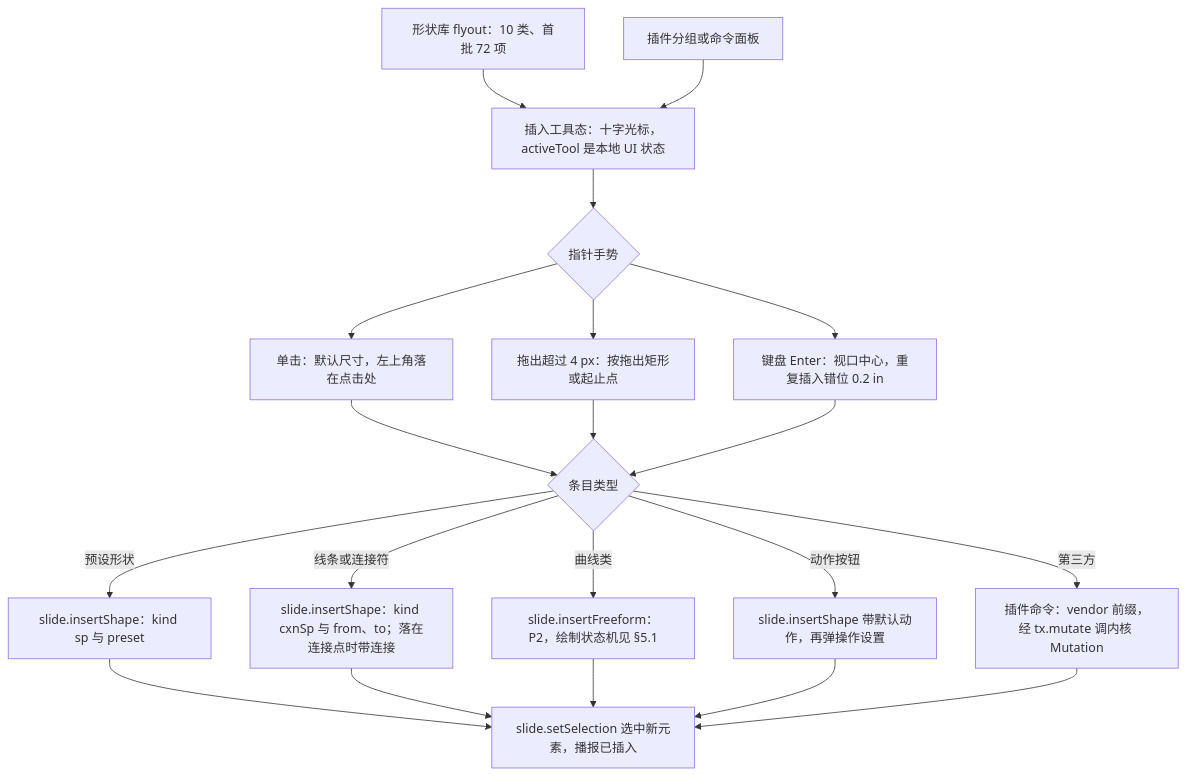
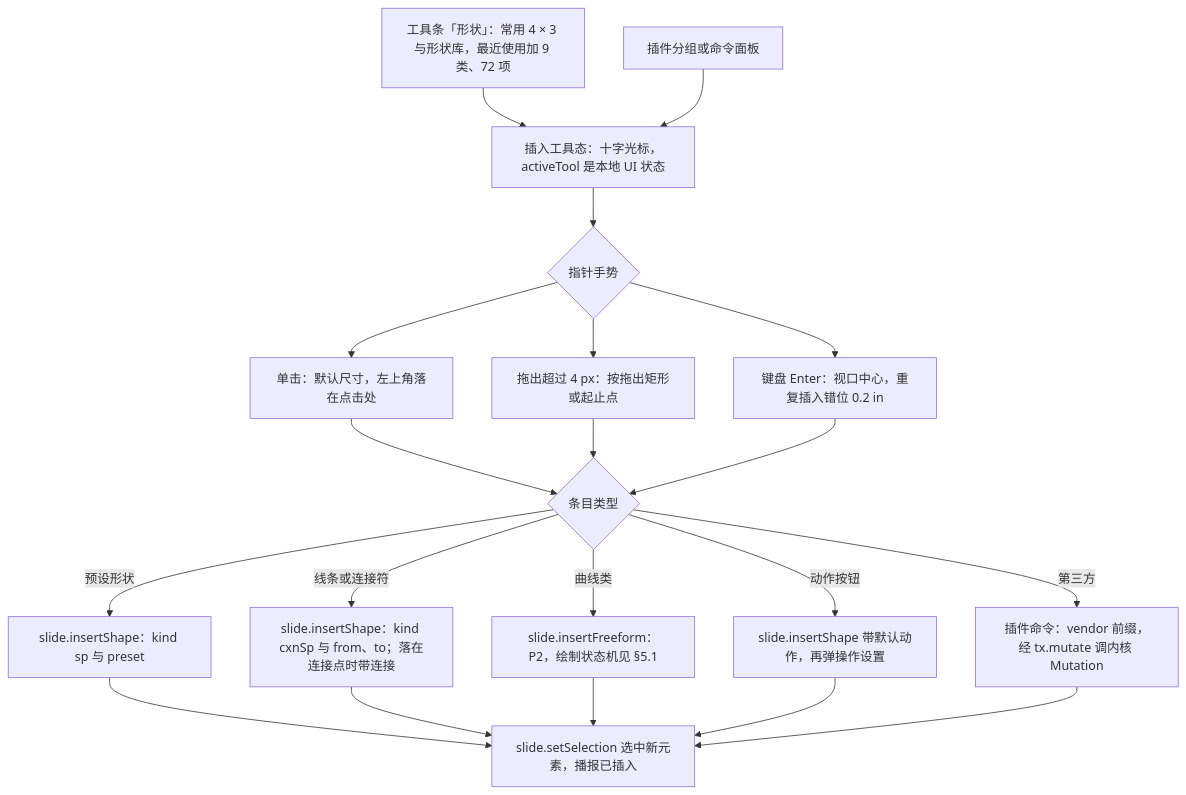
Before and after one commit to Xeonice/cordis-ppt-editor: the first of 12 diagrams in docs/50-frontend/22-elements-shapes-and-lines.md, drawn with Mermaid. The commit also changed other lines of this file and 25 other files, not shown here.

````diff
--- a/docs/50-frontend/22-elements-shapes-and-lines.md
+++ b/docs/50-frontend/22-elements-shapes-and-lines.md
@@ -71,36 +71,36 @@
 ```mermaid
 flowchart TB
-  gallery["形状库 flyout：10 类、首批 72 项"]
+  gallery["工具条「形状」：常用 4 × 3 与形状库，最近使用加 9 类、72 项"]
   plugin["插件分组或命令面板"]
   tool["插入工具态：十字光标，activeTool 是本地 UI 状态"]
   gesture{"指针手势"}
   singleTap["单击：默认尺寸，左上角落在点击处"]
   dragOut["拖出超过 4 px：按拖出矩形或起止点"]
   kb["键盘 Enter：视口中心，重复插入错位 0.2 in"]
   kind{"条目类型"}
   cmdSp["slide.insertShape：kind sp 与 preset"]
   cmdCxn["slide.insertShape：kind cxnSp 与 from、to；落在连接点时带连接"]
   cmdFree["slide.insertFreeform：P2，绘制状态机见 §5.1"]
   cmdAct["slide.insertShape 带默认动作，再弹操作设置"]
   cmdExt["插件命令：vendor 前缀，经 tx.mutate 调内核 Mutation"]
   after["slide.setSelection 选中新元素，播报已插入"]
   gallery --> tool
   plugin --> tool
   tool --> gesture
   gesture --> singleTap
   gesture --> dragOut
   gesture --> kb
   singleTap --> kind
   dragOut --> kind
   kb --> kind
   kind -->|"预设形状"| cmdSp
   kind -->|"线条或连接符"| cmdCxn
   kind -->|"曲线类"| cmdFree
   kind -->|"动作按钮"| cmdAct
   kind -->|"第三方"| cmdExt
   cmdSp --> after
   cmdCxn --> after
   cmdFree --> after
   cmdAct --> after
   cmdExt --> after
 ```
````
